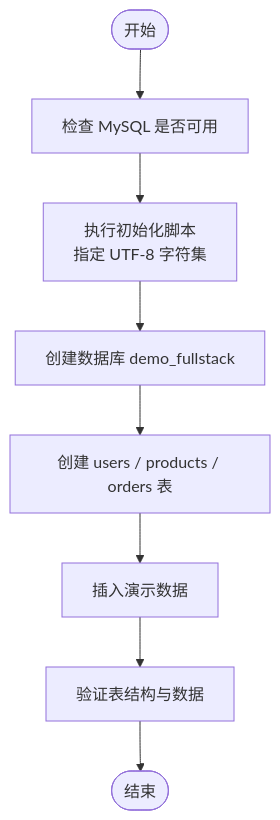
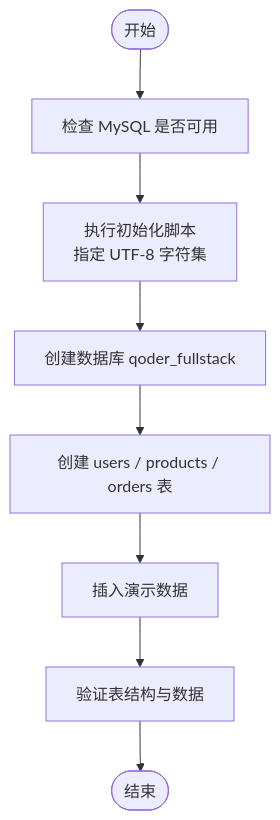
The second of 2 diagrams in .qoder/repowiki/zh/content/快速开始.md (haohailiang/qoder-fullstack), drawn with Mermaid before and after one commit. The commit also changed other lines of this file and 45 other files, not shown here.

````diff
--- a/.qoder/repowiki/zh/content/快速开始.md
+++ b/.qoder/repowiki/zh/content/快速开始.md
@@ -182,10 +182,10 @@
 ```mermaid
 flowchart TD
 Start(["开始"]) --> CheckEnv["检查 MySQL 是否可用"]
 CheckEnv --> ExecScript["执行初始化脚本<br/>指定 UTF-8 字符集"]
-ExecScript --> CreateDB["创建数据库 demo_fullstack"]
+ExecScript --> CreateDB["创建数据库 qoder_fullstack"]
 CreateDB --> CreateTables["创建 users / products / orders 表"]
 CreateTables --> InsertData["插入演示数据"]
 InsertData --> Verify["验证表结构与数据"]
 Verify --> End(["结束"])
 ```
````
